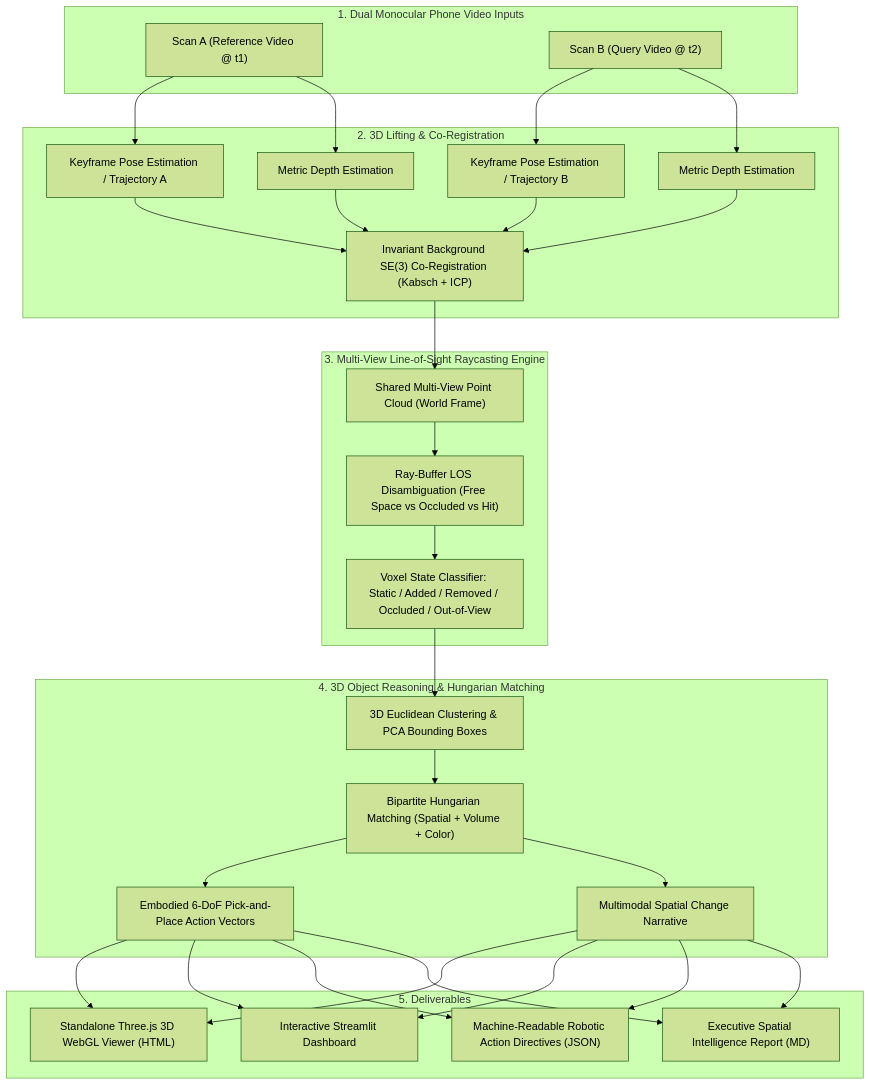
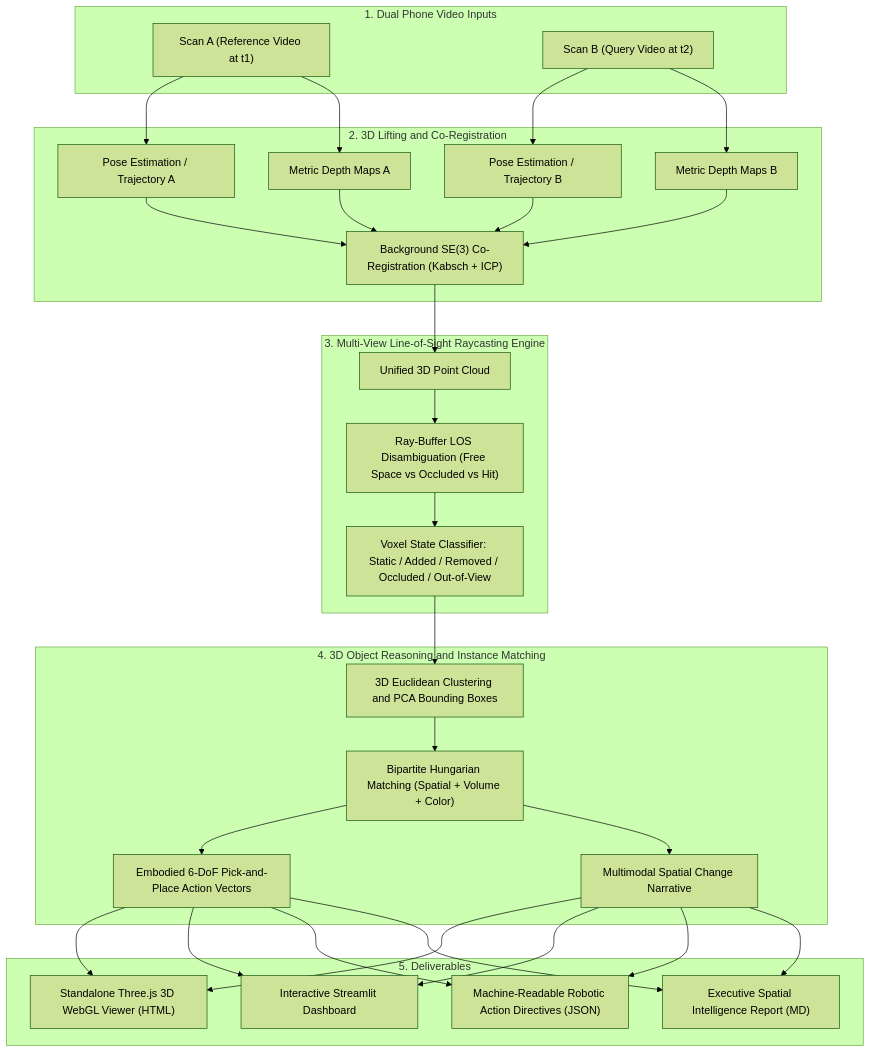
The diagram in README.md (dylanlim27/humanoid-project), drawn with Mermaid (forest theme) before and after one commit. The commit also changed other lines of this file and 5 other files, not shown here.

````diff
--- a/README.md
+++ b/README.md
@@ -65,45 +45,45 @@
 ```mermaid
 flowchart TD
-    subgraph Inputs["1. Dual Monocular Phone Video Inputs"]
-        VA["Scan A (Reference Video @ t1)"]
-        VB["Scan B (Query Video @ t2)"]
+    subgraph Inputs["1. Dual Phone Video Inputs"]
+        VA["Scan A (Reference Video at t1)"]
+        VB["Scan B (Query Video at t2)"]
     end
 
-    subgraph Lifting["2. 3D Lifting & Co-Registration"]
-        PoseA["Keyframe Pose Estimation / Trajectory A"]
-        PoseB["Keyframe Pose Estimation / Trajectory B"]
-        DepthA["Metric Depth Estimation"]
-        DepthB["Metric Depth Estimation"]
-        Reg["Invariant Background SE(3) Co-Registration (Kabsch + ICP)"]
+    subgraph Lifting["2. 3D Lifting and Co-Registration"]
+        PoseA["Pose Estimation / Trajectory A"]
+        PoseB["Pose Estimation / Trajectory B"]
+        DepthA["Metric Depth Maps A"]
+        DepthB["Metric Depth Maps B"]
+        Reg["Background SE(3) Co-Registration (Kabsch + ICP)"]
     end
 
     VA --> PoseA & DepthA
     VB --> PoseB & DepthB
     PoseA & PoseB & DepthA & DepthB --> Reg
 
     subgraph Raycast["3. Multi-View Line-of-Sight Raycasting Engine"]
-        SharedPCD["Shared Multi-View Point Cloud (World Frame)"]
+        SharedPCD["Unified 3D Point Cloud"]
         LOS["Ray-Buffer LOS Disambiguation (Free Space vs Occluded vs Hit)"]
         Classify["Voxel State Classifier: Static / Added / Removed / Occluded / Out-of-View"]
     end
 
     Reg --> SharedPCD --> LOS --> Classify
 
-    subgraph Reasoning["4. 3D Object Reasoning & Hungarian Matching"]
-        Clustering["3D Euclidean Clustering & PCA Bounding Boxes"]
+    subgraph Reasoning["4. 3D Object Reasoning and Instance Matching"]
+        Clustering["3D Euclidean Clustering and PCA Bounding Boxes"]
         Hungarian["Bipartite Hungarian Matching (Spatial + Volume + Color)"]
         RoboAction["Embodied 6-DoF Pick-and-Place Action Vectors"]
         VLMNarrative["Multimodal Spatial Change Narrative"]
     end
 
     Classify --> Clustering --> Hungarian --> RoboAction & VLMNarrative
 
     subgraph Deliverables["5. Deliverables"]
         Web3D["Standalone Three.js 3D WebGL Viewer (HTML)"]
         StreamlitUI["Interactive Streamlit Dashboard"]
         JSONPlan["Machine-Readable Robotic Action Directives (JSON)"]
         MDReport["Executive Spatial Intelligence Report (MD)"]
     end
 
     RoboAction & VLMNarrative --> Web3D & StreamlitUI & JSONPlan & MDReport
 ```
````
